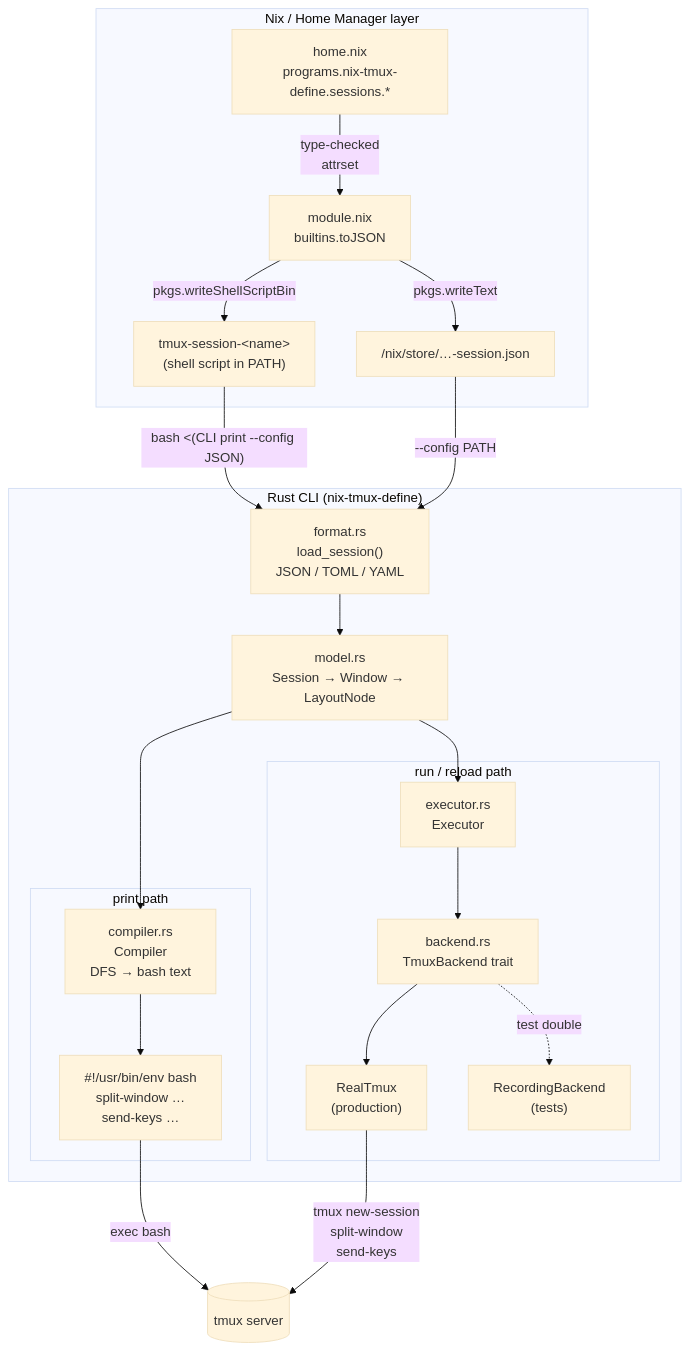
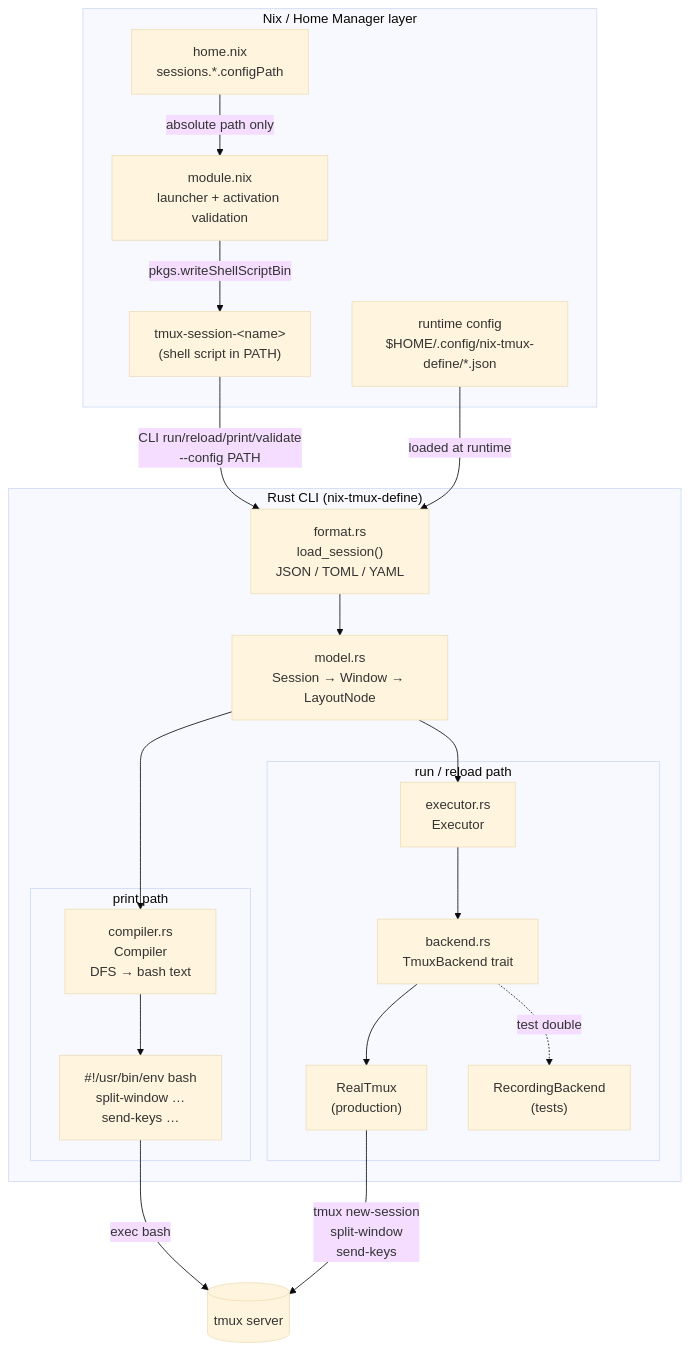
Before and after one commit to takeokunn/nix-tmux-define: the diagram in README.md, drawn with Mermaid (base theme). The commit also changed other lines of this file and 22 other files, not shown here.

First line of the commit message:
feat: rework session schema for strict type safety

````diff
--- a/README.md
+++ b/README.md
@@ -24,43 +24,42 @@
 ```mermaid
 flowchart TD
     subgraph NixLayer["Nix / Home Manager layer"]
-        HMConfig["home.nix\nprograms.nix-tmux-define.sessions.*"]
-        ModuleNix["module.nix\nbuiltins.toJSON"]
-        JSONStore["/nix/store/…-session.json"]
+        HMConfig["home.nix\nsessions.*.configPath"]
+        RuntimeConfig["runtime config\n$HOME/.config/nix-tmux-define/*.json"]
+        ModuleNix["module.nix\nlauncher + activation validation"]
         ShellScript["tmux-session-&lt;name&gt;\n(shell script in PATH)"]
 
-        HMConfig -->|"type-checked\nattrset"| ModuleNix
-        ModuleNix -->|"pkgs.writeText"| JSONStore
+        HMConfig -->|"absolute path only"| ModuleNix
         ModuleNix -->|"pkgs.writeShellScriptBin"| ShellScript
     end
 
     subgraph RustCLI["Rust CLI  (nix-tmux-define)"]
         Format["format.rs\nload_session()\nJSON / TOML / YAML"]
         Model["model.rs\nSession → Window → LayoutNode"]
 
         subgraph PrintPath["print path"]
             Compiler["compiler.rs\nCompiler\nDFS → bash text"]
             BashScript["#!/usr/bin/env bash\nsplit-window …\nsend-keys …"]
         end
 
         subgraph RunPath["run / reload path"]
             Executor["executor.rs\nExecutor"]
             Backend["backend.rs\nTmuxBackend trait"]
             RealTmux["RealTmux\n(production)"]
             Recording["RecordingBackend\n(tests)"]
         end
 
         Format --> Model
         Model --> Compiler
         Compiler --> BashScript
         Model --> Executor
         Executor --> Backend
         Backend --> RealTmux
         Backend -.->|"test double"| Recording
     end
 
-    ShellScript -->|"bash &lt;(CLI print --config JSON)"| Format
-    JSONStore -->|"--config PATH"| Format
+    ShellScript -->|"CLI run/reload/print/validate\n--config PATH"| Format
+    RuntimeConfig -->|"loaded at runtime"| Format
     BashScript -->|"exec bash"| Tmux[("tmux server")]
     RealTmux -->|"tmux new-session\nsplit-window\nsend-keys"| Tmux
 ```
````
